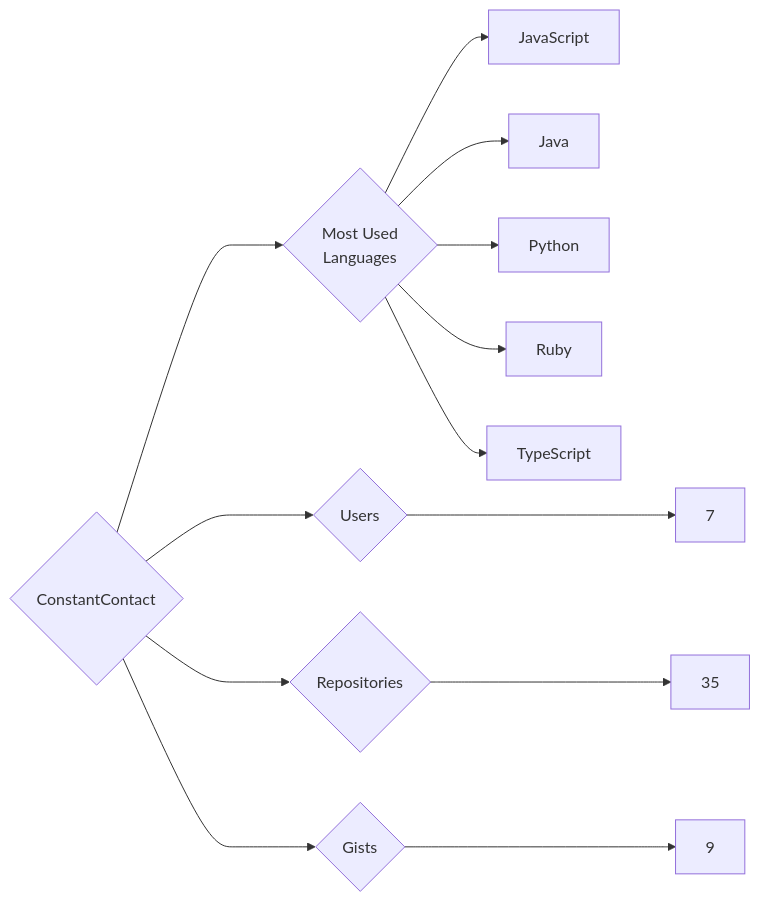
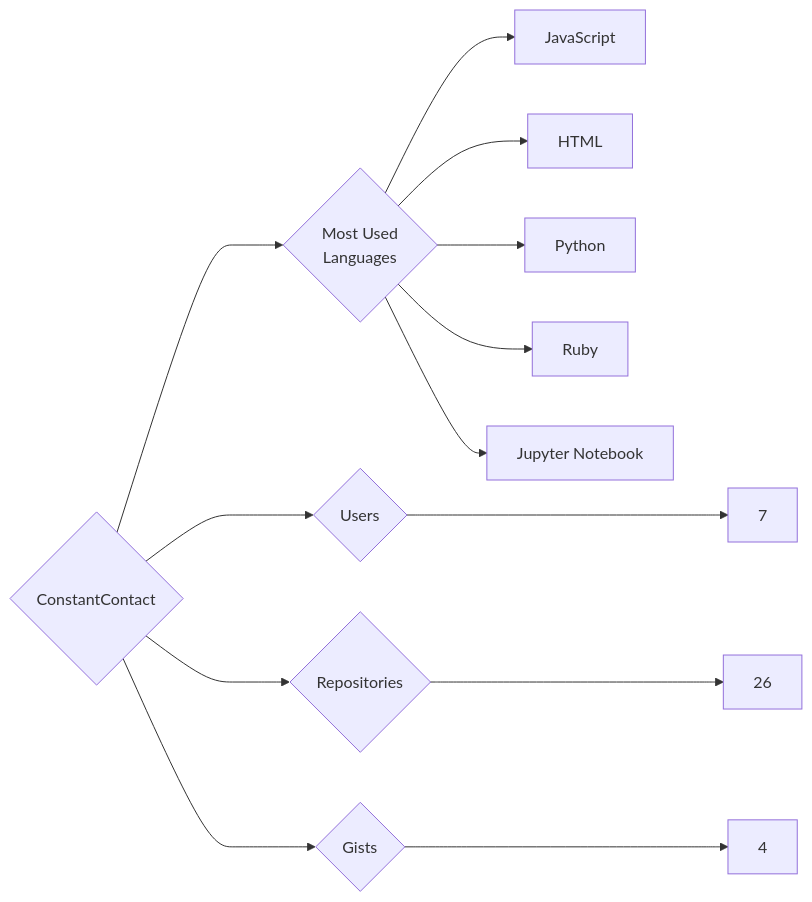
The diagram in targets/ConstantContact/README.md (trickest/insiders), drawn with Mermaid before and after one commit. The commit also changed 1167 other files, not shown here.

````diff
--- a/targets/ConstantContact/README.md
+++ b/targets/ConstantContact/README.md
@@ -3,13 +3,13 @@
 ```mermaid
 graph LR
 COMPANY_NAME{ConstantContact}
 COMPANY_NAME ---> U{Users} ---> UN[7]
-COMPANY_NAME ---> R{Repositories} ---> RN[35]
-COMPANY_NAME ---> G{Gists} ---> GN[9]
+COMPANY_NAME ---> R{Repositories} ---> RN[26]
+COMPANY_NAME ---> G{Gists} ---> GN[4]
 COMPANY_NAME ---> ML{Most Used<br>Languages}
 ML --> JavaScript[JavaScript]
-ML --> Java[Java]
+ML --> HTML[HTML]
 ML --> Python[Python]
 ML --> Ruby[Ruby]
-ML --> TypeScript[TypeScript]
+ML --> Jupyter_Notebook[Jupyter Notebook]
 ```
````
